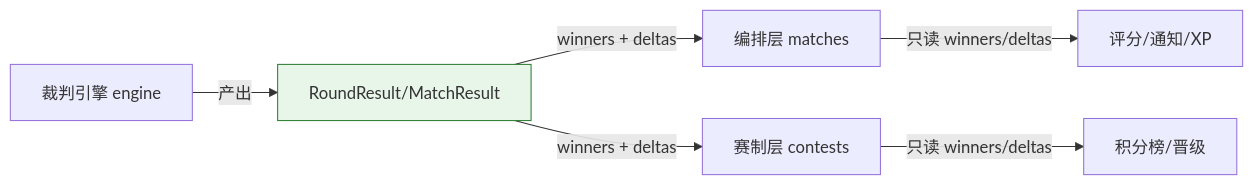
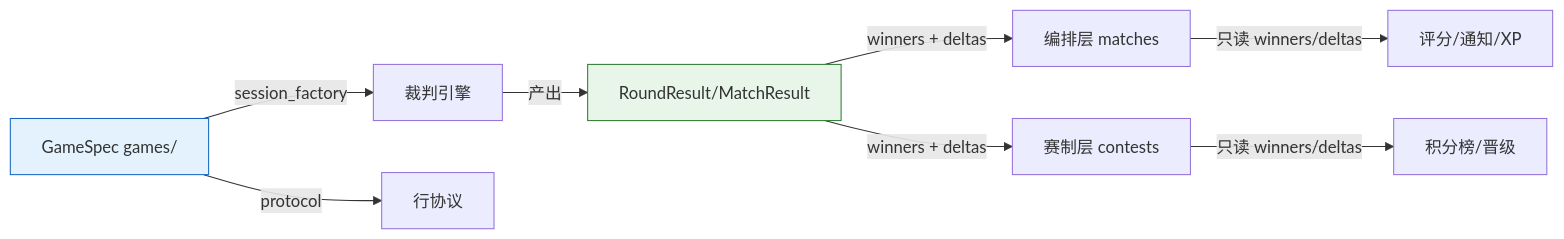
One commit to zhouzixiang1/botbattle changed the second of 2 diagrams in doc/DESIGN.md. Above: the diagram before and after it, drawn with Mermaid. The commit also changed other lines of this file and 12 other files, not shown here.

First line of the commit message:
feat(games): 引入 GameSpec 注册表框架——全面解耦第一步

````diff
--- a/doc/DESIGN.md
+++ b/doc/DESIGN.md
@@ -71,9 +72,12 @@
 ```mermaid
 graph LR
-    E[裁判引擎 engine] -->|产出| R[RoundResult/MatchResult]
+    G[GameSpec games/] -->|session_factory| E[裁判引擎]
+    G -->|protocol| P[行协议]
+    E -->|产出| R[RoundResult/MatchResult]
     R -->|winners + deltas| O[编排层 matches]
     R -->|winners + deltas| C[赛制层 contests]
     O -->|只读 winners/deltas| S[评分/通知/XP]
     C -->|只读 winners/deltas| T[积分榜/晋级]
+    style G fill:#e3f2fd,stroke:#1565c0
     style R fill:#e8f5e9,stroke:#2e7d32
 ```
````
